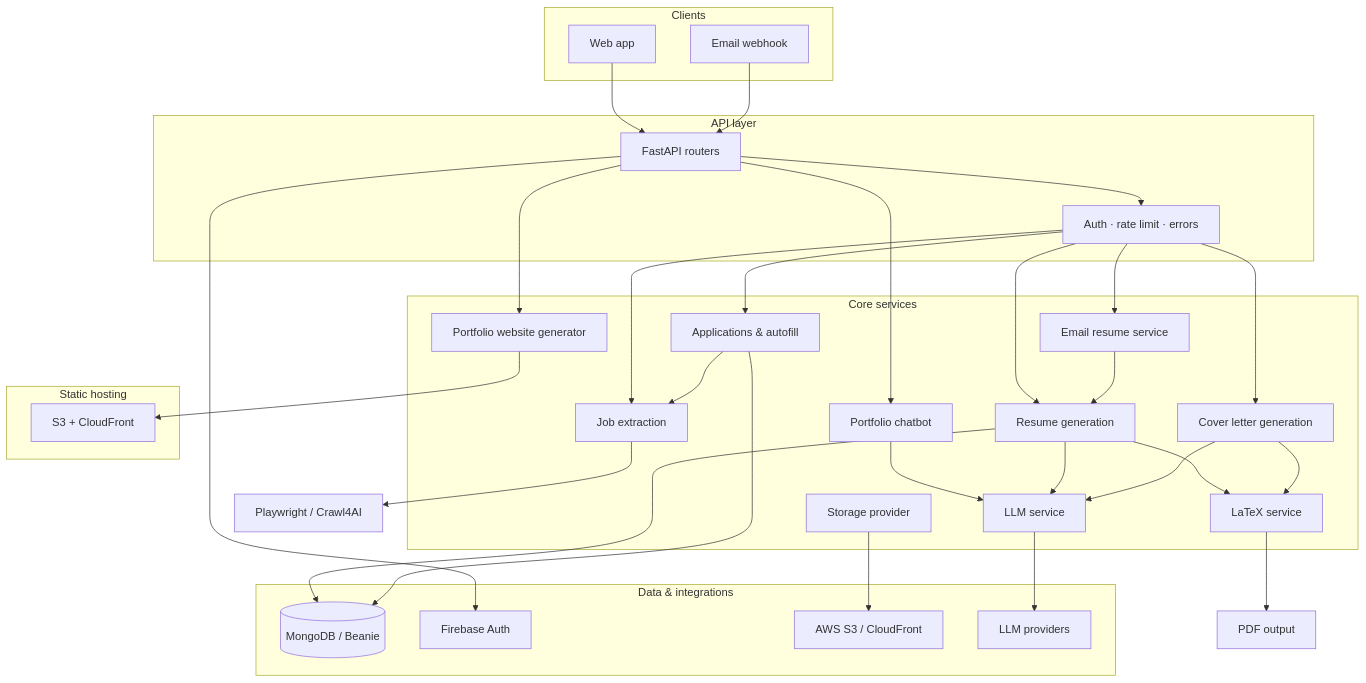
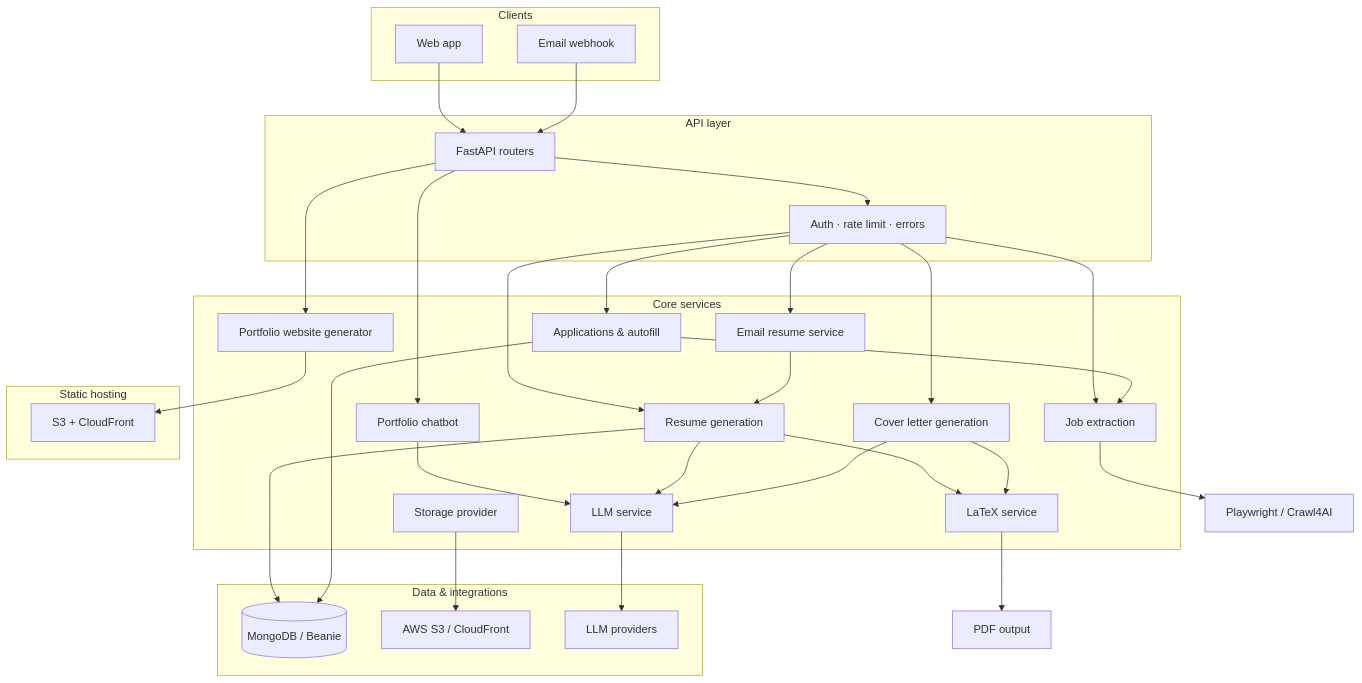
One commit to mujakayadan/yarba-backend changed the diagram in README.md. Above: the diagram before and after it, drawn with Mermaid. The commit also changed other lines of this file and 45 other files, not shown here.

First line of the commit message:
Retire Firebase Auth and keep only native password and OAuth.

````diff
--- a/README.md
+++ b/README.md
@@ -77,54 +76,52 @@
 ```mermaid
 flowchart TB
     subgraph clients [Clients]
         Web[Web app]
         Email[Email webhook]
     end
 
     subgraph api [API layer]
         Routers[FastAPI routers]
         MW[Auth · rate limit · errors]
     end
 
     subgraph core [Core services]
         ResumeGen[Resume generation]
         CoverGen[Cover letter generation]
         JobExt[Job extraction]
         ApplySvc[Applications & autofill]
         SiteGen[Portfolio website generator]
         ChatSvc[Portfolio chatbot]
         EmailSvc[Email resume service]
         LLM[LLM service]
         LaTeX[LaTeX service]
         Storage[Storage provider]
     end
 
     subgraph hosting [Static hosting]
         S3Host[S3 + CloudFront]
     end
 
     subgraph data [Data & integrations]
         Mongo[(MongoDB / Beanie)]
-        Firebase[Firebase Auth]
         S3[AWS S3 / CloudFront]
         Providers[LLM providers]
     end
 
     Web --> Routers
     Email --> Routers
     Routers --> MW --> ResumeGen & CoverGen & JobExt & ApplySvc & EmailSvc
     Routers --> SiteGen & ChatSvc
     SiteGen --> S3Host
     ChatSvc --> LLM
     ResumeGen --> LLM & LaTeX
     ResumeGen --> Mongo
     CoverGen --> LLM & LaTeX
     JobExt --> Playwright[Playwright / Crawl4AI]
     ApplySvc --> JobExt
     ApplySvc --> Mongo
     EmailSvc --> ResumeGen
     LLM --> Providers
     LaTeX --> PDF[PDF output]
     Storage --> S3
-    Routers --> Firebase
 ```
````
